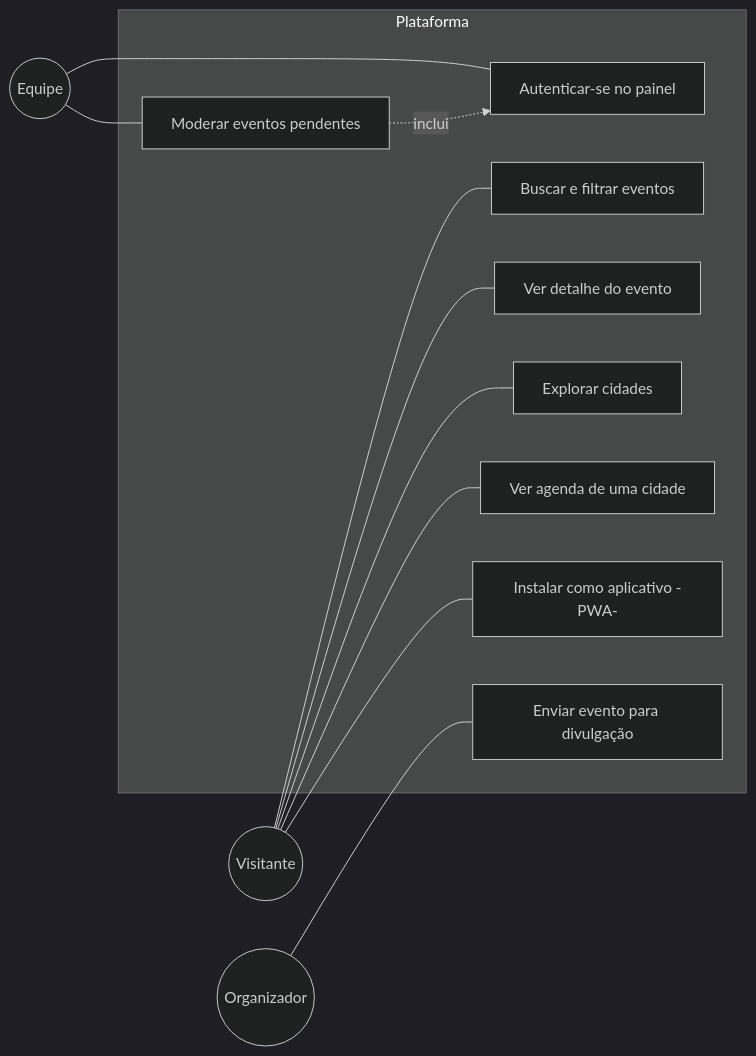
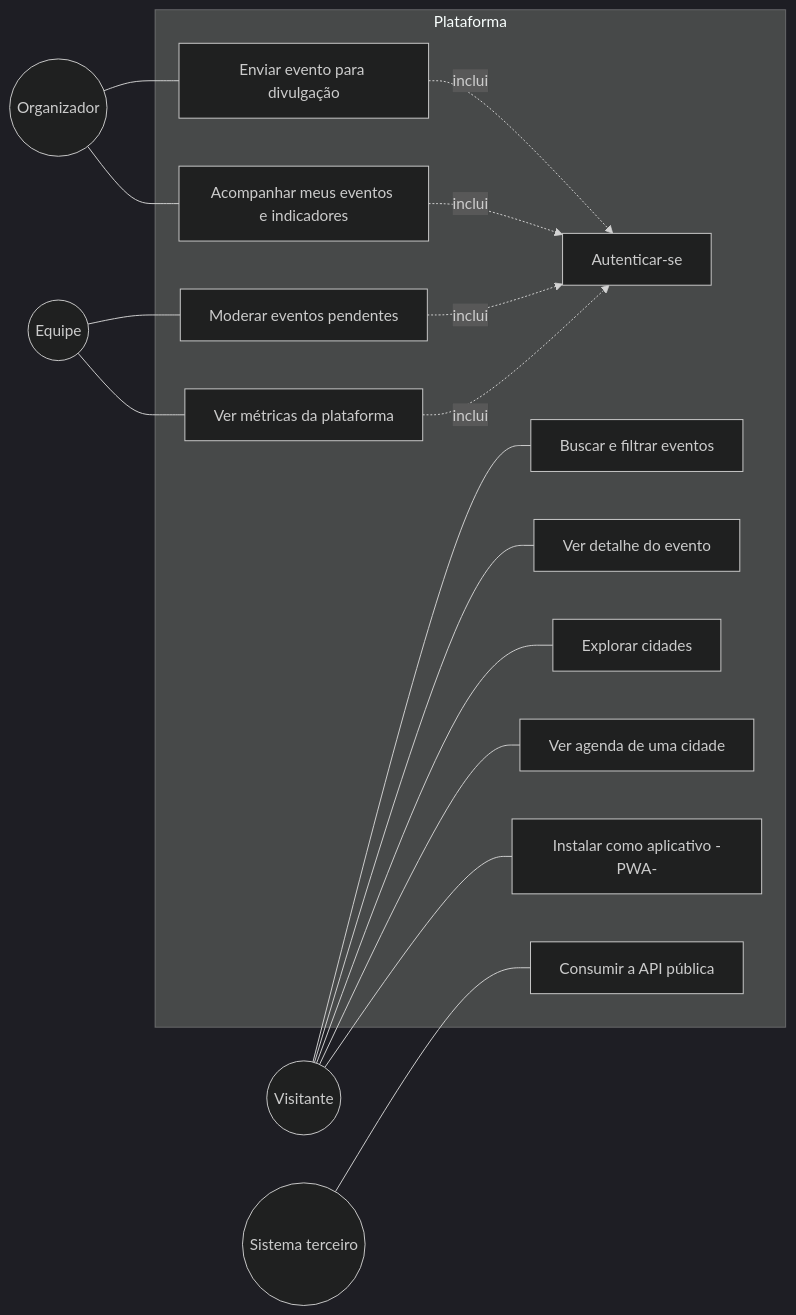
The diagram in docs/analise/casos-de-uso.md (AndreiVDS/eventos-regiao), drawn with Mermaid (dark theme) before and after one commit. The commit also changed other lines of this file and 4 other files, not shown here.

````diff
--- a/docs/analise/casos-de-uso.md
+++ b/docs/analise/casos-de-uso.md
@@ -11,27 +12,36 @@
 ```mermaid
 graph LR
   V(("Visitante"))
   O(("Organizador"))
   E(("Equipe"))
+  S(("Sistema terceiro"))
 
   subgraph Plataforma
     UC1[Buscar e filtrar eventos]
     UC2[Ver detalhe do evento]
     UC3[Explorar cidades]
     UC4[Ver agenda de uma cidade]
     UC5[Enviar evento para divulgação]
-    UC6[Autenticar-se no painel]
+    UC6[Autenticar-se]
     UC7[Moderar eventos pendentes]
     UC8[Instalar como aplicativo -PWA-]
+    UC9[Acompanhar meus eventos e indicadores]
+    UC10[Ver métricas da plataforma]
+    UC11[Consumir a API pública]
   end
 
   V --- UC1
   V --- UC2
   V --- UC3
   V --- UC4
   V --- UC8
   O --- UC5
-  E --- UC6
+  O --- UC9
   E --- UC7
+  E --- UC10
+  S --- UC11
+  UC5 -. inclui .-> UC6
   UC7 -. inclui .-> UC6
+  UC9 -. inclui .-> UC6
+  UC10 -. inclui .-> UC6
 ```
````
